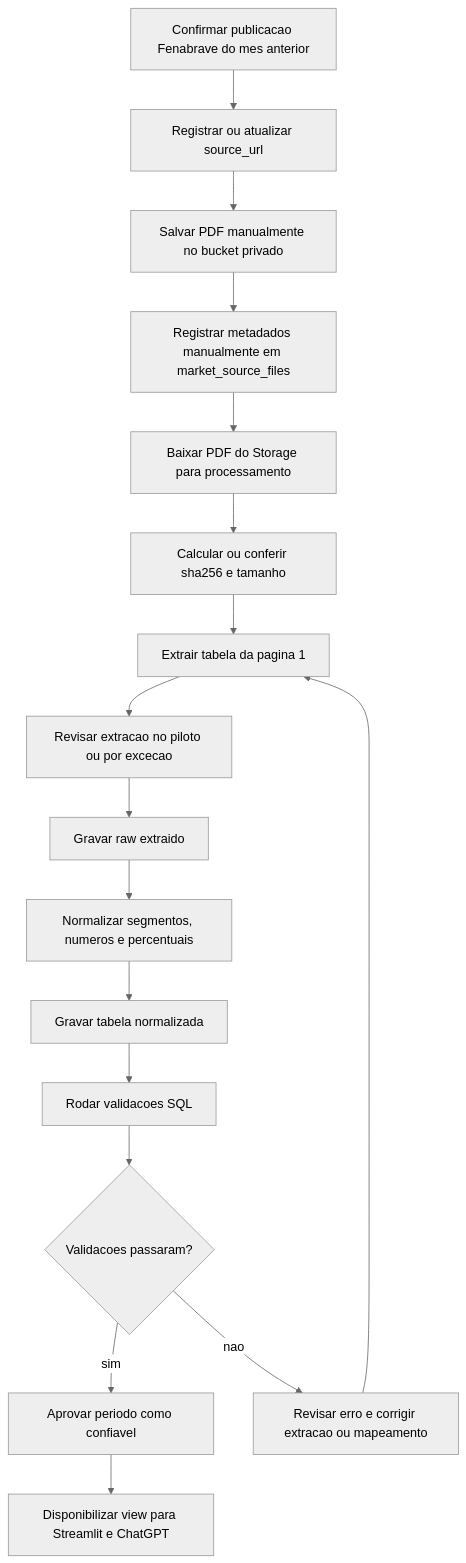
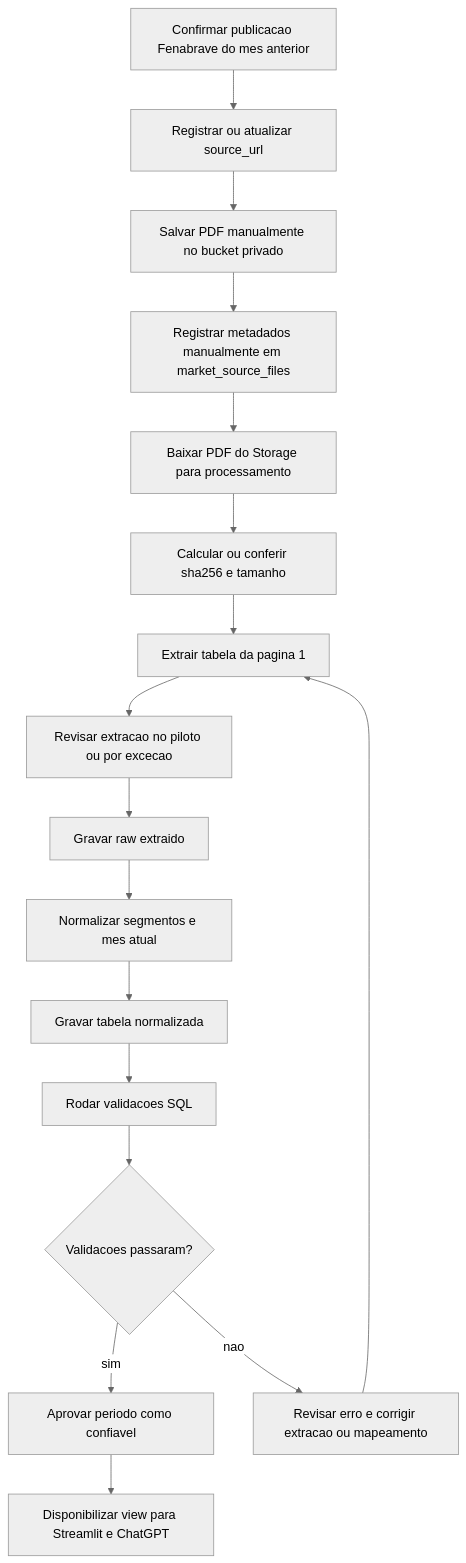
Before and after one commit to artamaral/social_media-analytics: the diagram in sql/docs/23_FENABRAVE_PHASE1_INGESTION_SPEC.md, drawn with Mermaid (neutral theme). The commit also changed other lines of this file and 5 other files, not shown here.

Commit message:
fix(fenabrave): limita ingestao ao mes atual

````diff
--- a/sql/docs/23_FENABRAVE_PHASE1_INGESTION_SPEC.md
+++ b/sql/docs/23_FENABRAVE_PHASE1_INGESTION_SPEC.md
@@ -113,23 +113,23 @@
 ```mermaid
 flowchart TD
   A["Confirmar publicacao Fenabrave do mes anterior"]
   B["Registrar ou atualizar source_url"]
   C["Salvar PDF manualmente no bucket privado"]
   D["Registrar metadados manualmente em market_source_files"]
   E["Baixar PDF do Storage para processamento"]
   F["Calcular ou conferir sha256 e tamanho"]
   G["Extrair tabela da pagina 1"]
   H["Revisar extracao no piloto ou por excecao"]
   I["Gravar raw extraido"]
-  J["Normalizar segmentos, numeros e percentuais"]
+  J["Normalizar segmentos e mes atual"]
   K["Gravar tabela normalizada"]
   L["Rodar validacoes SQL"]
   M{"Validacoes passaram?"}
   N["Aprovar periodo como confiavel"]
   O["Disponibilizar view para Streamlit e ChatGPT"]
   P["Revisar erro e corrigir extracao ou mapeamento"]
 
   A --> B --> C --> D --> E --> F --> G --> H --> I --> J --> K --> L --> M
   M -->|sim| N --> O
   M -->|nao| P --> G
 ```
````
